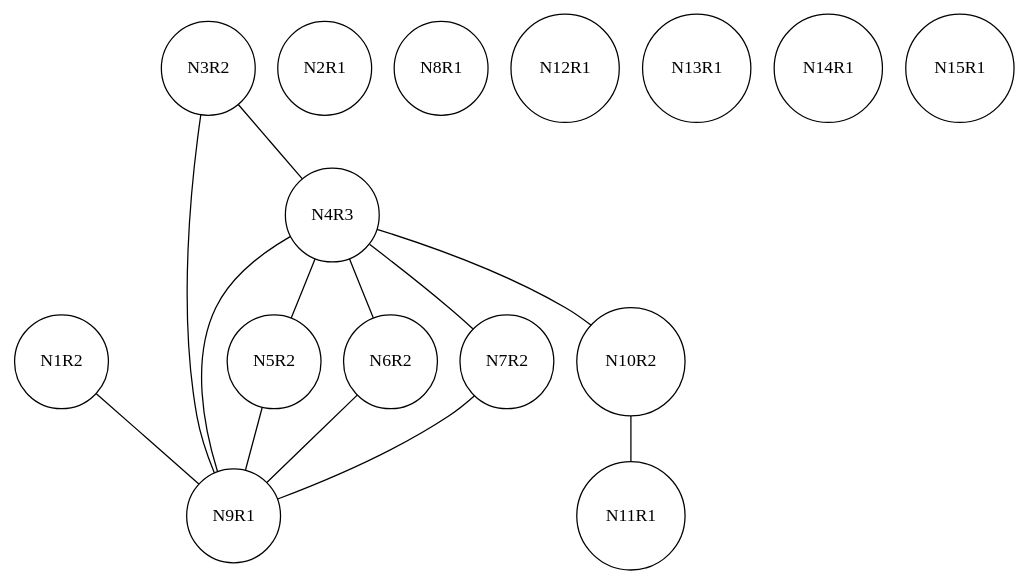
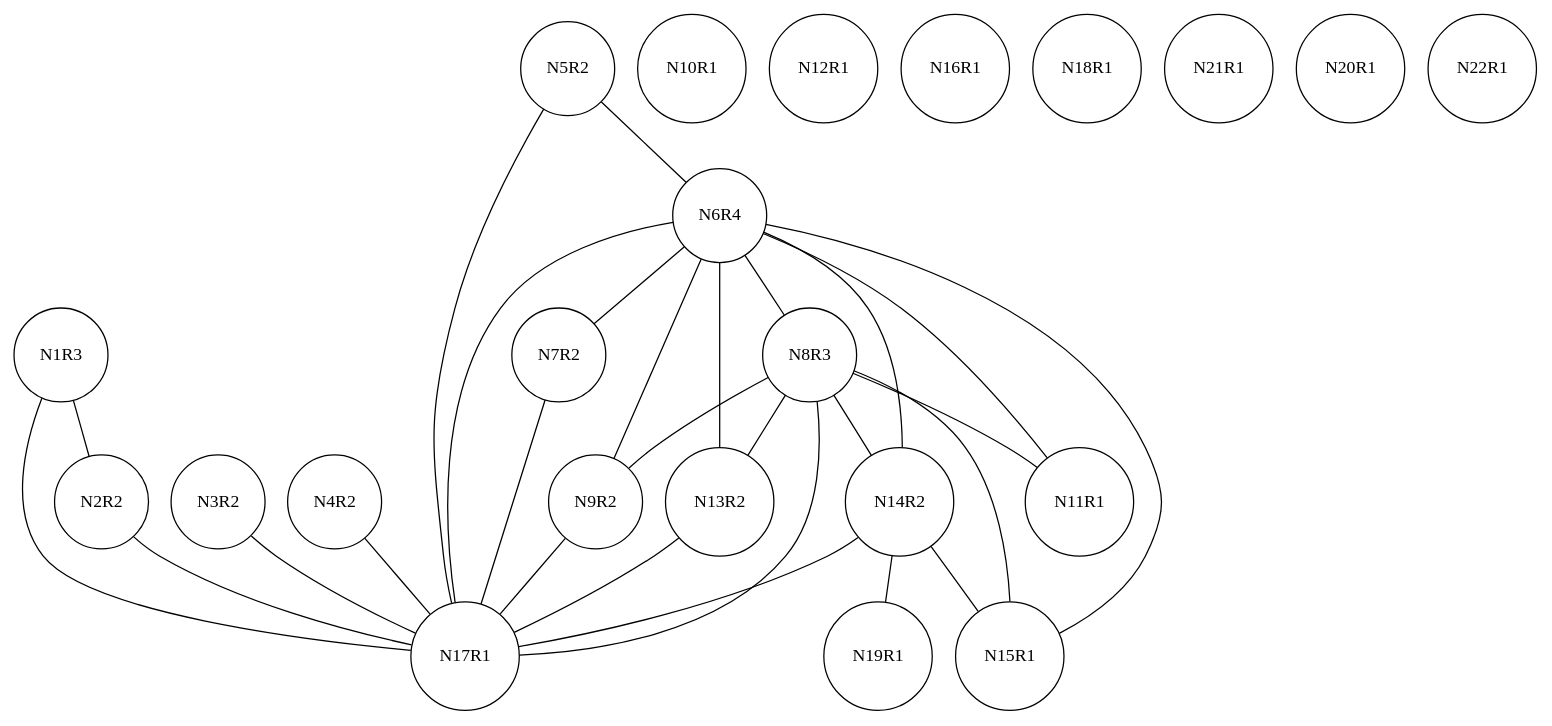
One commit to chris-wood/PL241-Compiler changed the diagram in project/caw001.txt.ig.dot. Above: the diagram before and after it, drawn with Graphviz. The commit also changed 16 other files, not shown here.

```diff
--- a/project/caw001.txt.ig.dot
+++ b/project/caw001.txt.ig.dot
@@ -1,30 +1,52 @@
 graph ig {
     node [shape = circle];
-    N1R2;
-    N2R1;
+    N1R3;
+    N2R2;
     N3R2;
-    N4R3;
+    N4R2;
     N5R2;
-    N6R2;
+    N6R4;
     N7R2;
-    N8R1;
-    N9R1;
-    N10R2;
+    N8R3;
+    N9R2;
+    N10R1;
     N11R1;
     N12R1;
-    N13R1;
-    N14R1;
+    N13R2;
+    N14R2;
     N15R1;
-    N1R2 -- N9R1;
-    N3R2 -- N4R3;
-    N3R2 -- N9R1;
-    N4R3 -- N10R2;
-    N4R3 -- N9R1;
-    N4R3 -- N7R2;
-    N4R3 -- N6R2;
-    N4R3 -- N5R2;
-    N5R2 -- N9R1;
-    N6R2 -- N9R1;
-    N7R2 -- N9R1;
-    N10R2 -- N11R1;
+    N17R1;
+    N16R1;
+    N19R1;
+    N18R1;
+    N21R1;
+    N20R1;
+    N22R1;
+    N1R3 -- N2R2;
+    N1R3 -- N17R1;
+    N2R2 -- N17R1;
+    N3R2 -- N17R1;
+    N4R2 -- N17R1;
+    N5R2 -- N6R4;
+    N5R2 -- N17R1;
+    N6R4 -- N17R1;
+    N6R4 -- N15R1;
+    N6R4 -- N14R2;
+    N6R4 -- N11R1;
+    N6R4 -- N13R2;
+    N6R4 -- N9R2;
+    N6R4 -- N8R3;
+    N6R4 -- N7R2;
+    N7R2 -- N17R1;
+    N8R3 -- N15R1;
+    N8R3 -- N14R2;
+    N8R3 -- N11R1;
+    N8R3 -- N13R2;
+    N8R3 -- N9R2;
+    N8R3 -- N17R1;
+    N9R2 -- N17R1;
+    N13R2 -- N17R1;
+    N14R2 -- N19R1;
+    N14R2 -- N15R1;
+    N14R2 -- N17R1;
 }
```
